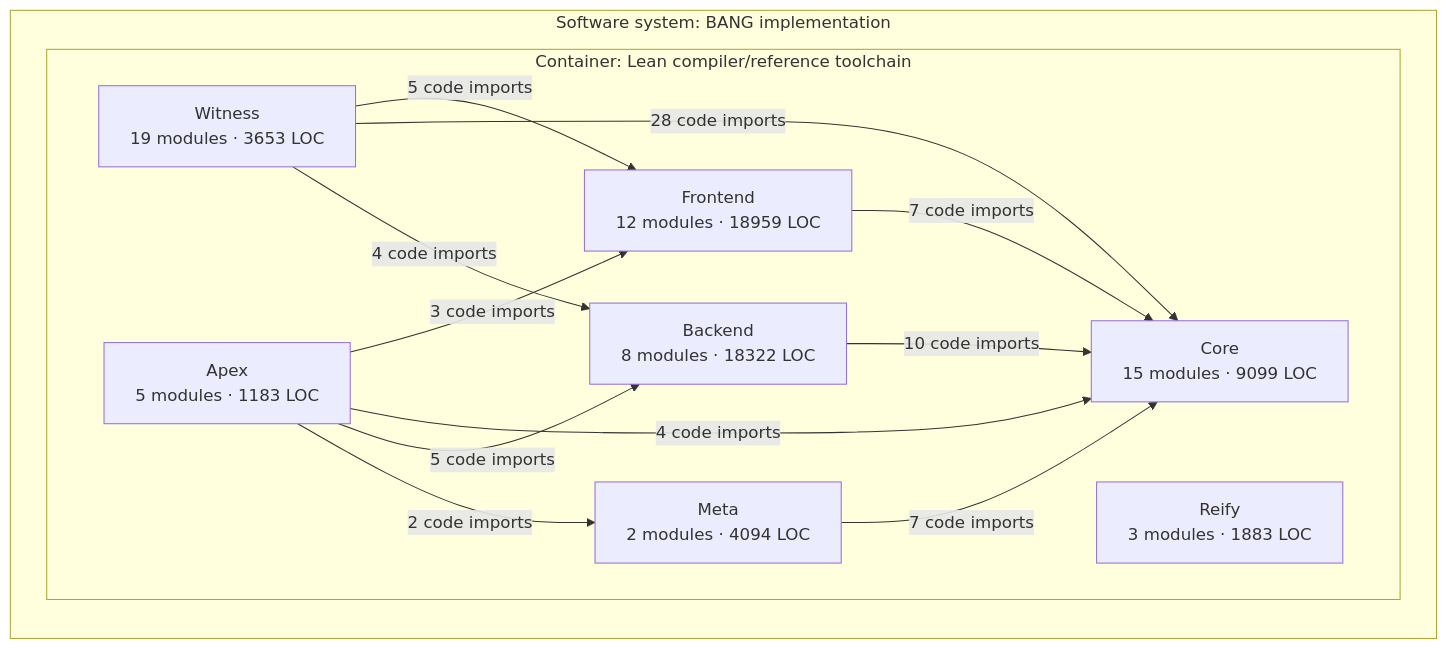
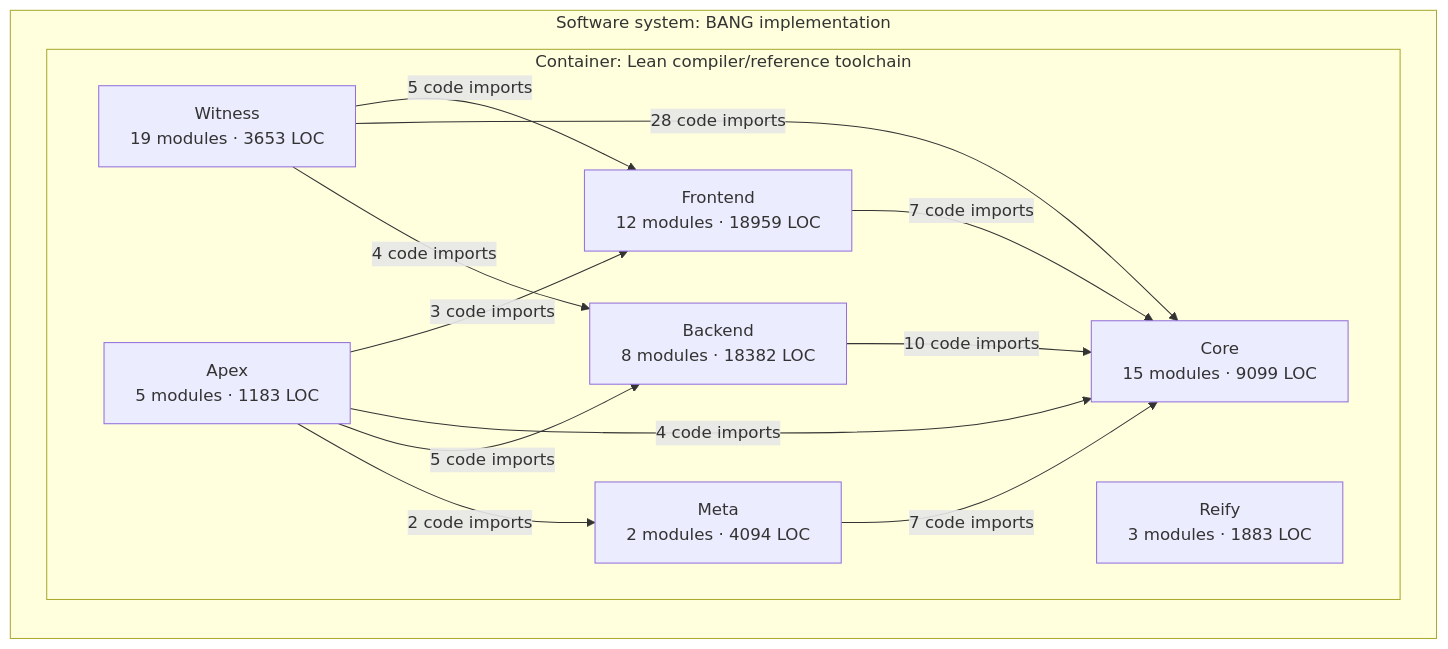
The third of 3 diagrams in docs/architecture/core-overview.md (phibkro/bang), drawn with Mermaid before and after one commit. The commit also changed other lines of this file and 17 other files, not shown here.

````diff
--- a/docs/architecture/core-overview.md
+++ b/docs/architecture/core-overview.md
@@ -165,24 +165,24 @@
 ```mermaid
 flowchart LR
   subgraph system_BANG["Software system: BANG implementation"]
     subgraph container_Lean_toolchain["Container: Lean compiler/reference toolchain"]
       component_Frontend["Frontend<br/>12 modules · 18959 LOC"]
       component_Core["Core<br/>15 modules · 9099 LOC"]
-      component_Backend["Backend<br/>8 modules · 18322 LOC"]
+      component_Backend["Backend<br/>8 modules · 18382 LOC"]
       component_Meta["Meta<br/>2 modules · 4094 LOC"]
       component_Witness["Witness<br/>19 modules · 3653 LOC"]
       component_Reify["Reify<br/>3 modules · 1883 LOC"]
       component_Apex["Apex<br/>5 modules · 1183 LOC"]
     end
   end
   component_Frontend -->|7 code imports| component_Core
   component_Backend -->|10 code imports| component_Core
   component_Meta -->|7 code imports| component_Core
   component_Witness -->|5 code imports| component_Frontend
   component_Witness -->|28 code imports| component_Core
   component_Witness -->|4 code imports| component_Backend
   component_Apex -->|3 code imports| component_Frontend
   component_Apex -->|4 code imports| component_Core
   component_Apex -->|5 code imports| component_Backend
   component_Apex -->|2 code imports| component_Meta
 ```
````
